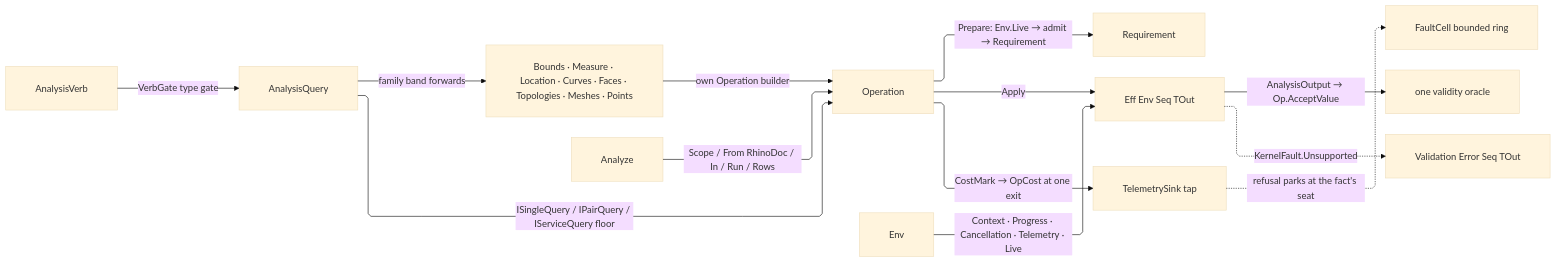
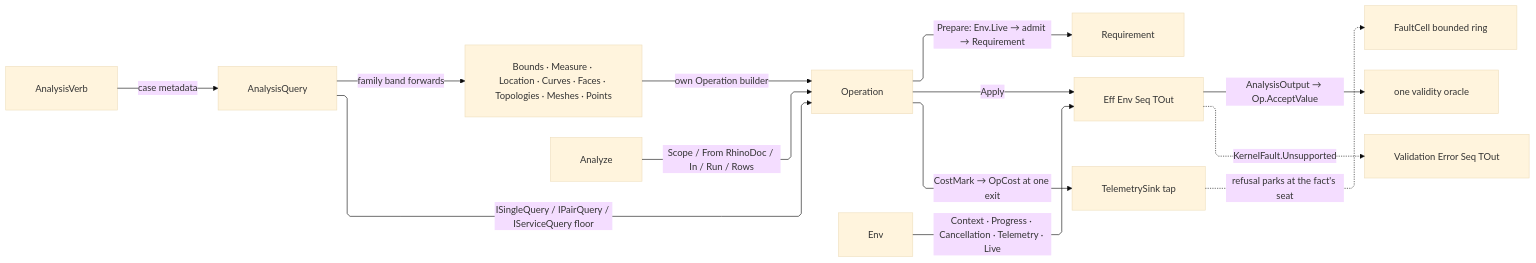
Before and after one commit to bsamiee/Rasm: the diagram in libs/dotnet/Rasm/.planning/Analysis/query.md, drawn with Mermaid (base theme). The commit also changed other lines of this file and 16 other files, not shown here.

First line of the commit message:
spec: drain the Analysis audits — inspect, measure, query, relations, select

````diff
--- a/libs/dotnet/Rasm/.planning/Analysis/query.md
+++ b/libs/dotnet/Rasm/.planning/Analysis/query.md
@@ -616,24 +564,24 @@
 ```mermaid
 ---
 config:
   layout: elk
   flowchart:
     curve: linear
     padding: 25
 ---
 flowchart LR
     accTitle: Analysis query dispatch and execution flow
-    accDescr: The verb roster gating output type ahead of the request algebra's per-case build, the arity floors deciding which dispatcher reaches a case, the family unions forwarding through their own operation builders, the operation preparing and applying over the Eff runtime and charging one cost capsule at one exit, the runtime environment feeding the Eff, the output projecting through the one validity oracle, the facade entering the operation, and the Eff lowering onto the validation result carrier.
-    AnalysisVerb -->|VerbGate type gate| AnalysisQuery
+    accDescr: The verb roster naming each request case, the arity floors deciding which dispatcher reaches its owning builder, the family unions forwarding through their own operation builders, the operation preparing and applying over the Eff runtime and charging one cost capsule at one exit, the runtime environment feeding the Eff, the output projecting through the one validity oracle, the facade entering the operation, and the Eff lowering onto the validation result carrier.
+    AnalysisVerb -->|case metadata| AnalysisQuery
     AnalysisQuery -->|ISingleQuery / IPairQuery / IServiceQuery floor| Operation
     AnalysisQuery -->|family band forwards| FamilyUnions[Bounds · Measure · Location · Curves · Faces · Topologies · Meshes · Points]
     FamilyUnions -->|own Operation builder| Operation
     Operation -->|Prepare: Env.Live → admit → Requirement| Requirement
     Operation -->|Apply| Eff[Eff Env Seq TOut]
     Operation -->|CostMark → OpCost at one exit| Sink[TelemetrySink tap]
     Sink -.->|refusal parks at the fact's seat| Cell[FaultCell bounded ring]
     Env -->|Context · Progress · Cancellation · Telemetry · Live| Eff
     Eff -->|AnalysisOutput → Op.AcceptValue| Oracle[one validity oracle]
     Analyze -->|Scope / From RhinoDoc / In / Run / Rows| Operation
     Eff -.->|KernelFault.Unsupported| Validation[Validation Error Seq TOut]
 ```
````
